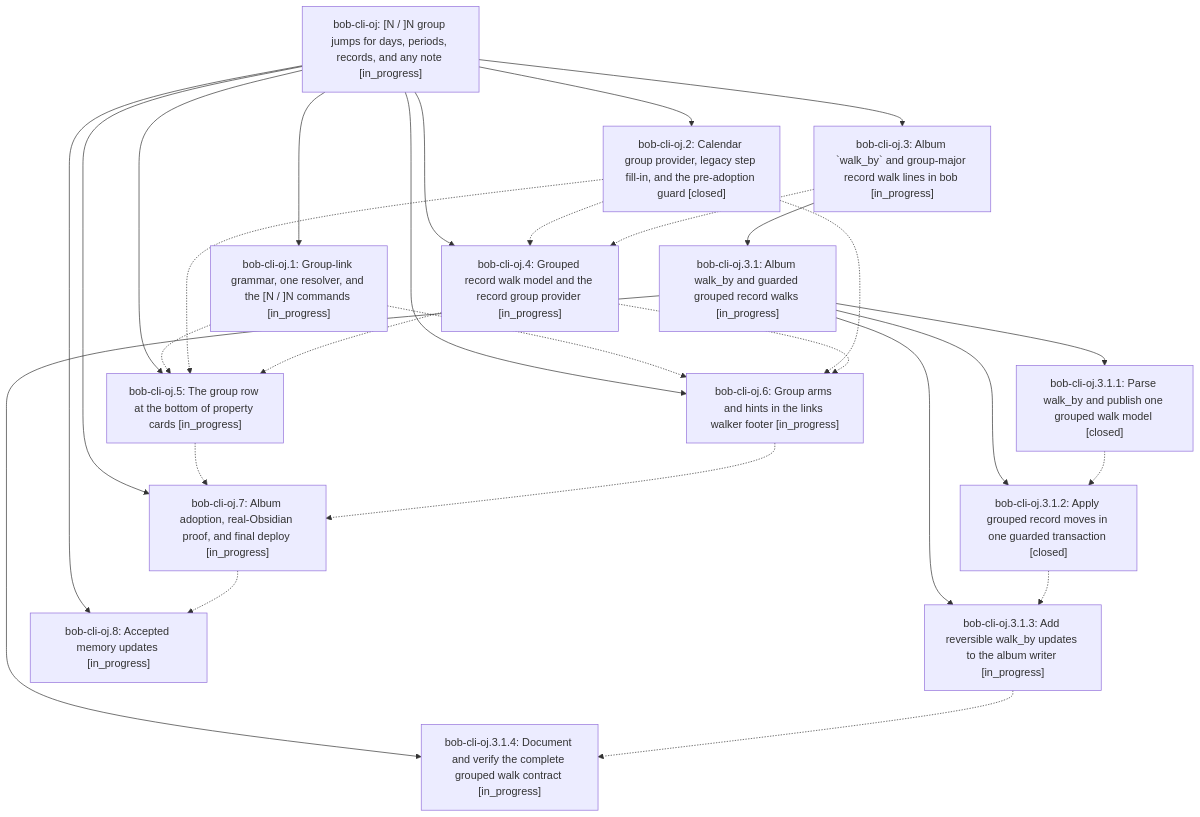
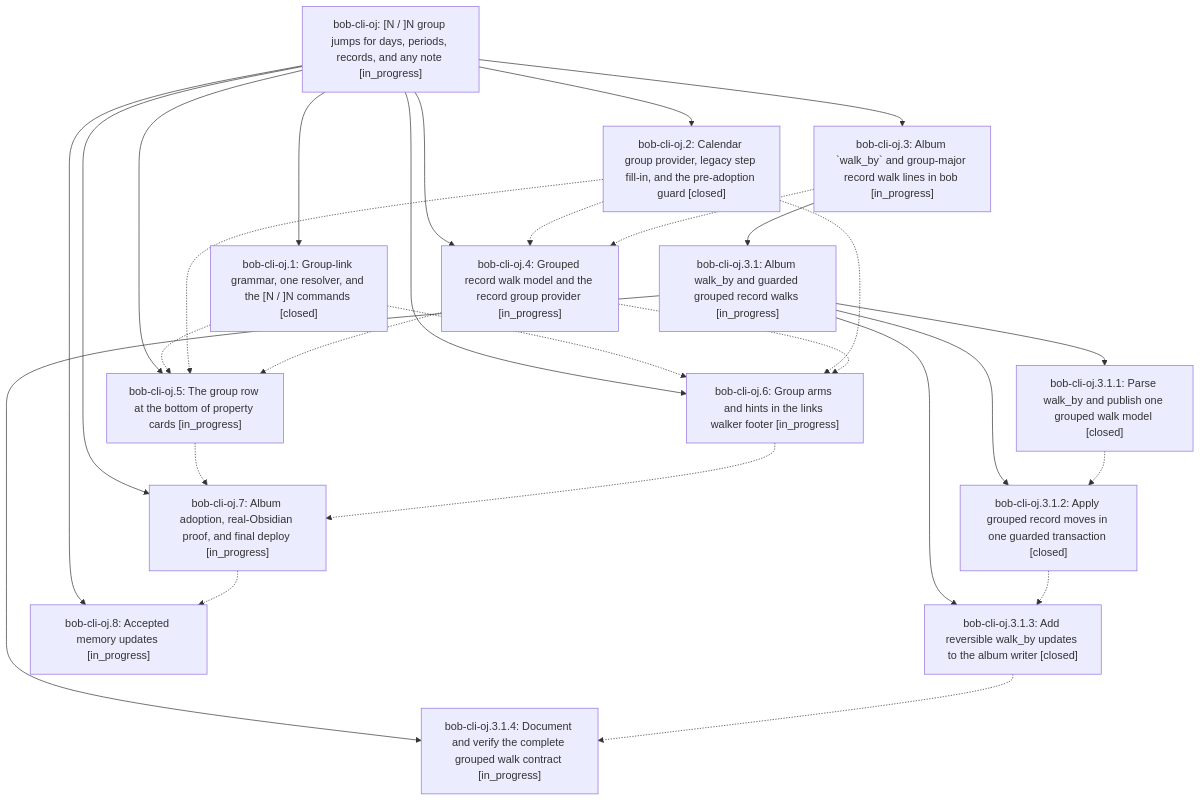
The diagram in pages/bob-cli-oj/README.md (bobs-org/bob-cli--beads), drawn with Mermaid before and after one commit. The commit also changed other lines of this file and 7 other files, not shown here.

First line of the commit message:
chore(beads): sync bead state and pages for bob-cli-oj

````diff
--- a/pages/bob-cli-oj/README.md
+++ b/pages/bob-cli-oj/README.md
@@ -43,44 +43,44 @@
 ```mermaid
 flowchart TD
     n0["bob-cli-oj: [N / ]N group jumps for days, periods, records, and any note [in_progress]"]
-    n1["bob-cli-oj.1: Group-link grammar, one resolver, and the [N / ]N commands [in_progress]"]
+    n1["bob-cli-oj.1: Group-link grammar, one resolver, and the [N / ]N commands [closed]"]
     n2["bob-cli-oj.2: Calendar group provider, legacy step fill-in, and the pre-adoption guard [closed]"]
     n3["bob-cli-oj.3: Album `walk_by` and group-major record walk lines in bob [in_progress]"]
     n4["bob-cli-oj.3.1: Album walk_by and guarded grouped record walks [in_progress]"]
     n5["bob-cli-oj.3.1.1: Parse walk_by and publish one grouped walk model [closed]"]
     n6["bob-cli-oj.3.1.2: Apply grouped record moves in one guarded transaction [closed]"]
-    n7["bob-cli-oj.3.1.3: Add reversible walk_by updates to the album writer [in_progress]"]
+    n7["bob-cli-oj.3.1.3: Add reversible walk_by updates to the album writer [closed]"]
     n8["bob-cli-oj.3.1.4: Document and verify the complete grouped walk contract [in_progress]"]
     n9["bob-cli-oj.4: Grouped record walk model and the record group provider [in_progress]"]
     n10["bob-cli-oj.5: The group row at the bottom of property cards [in_progress]"]
     n11["bob-cli-oj.6: Group arms and hints in the links walker footer [in_progress]"]
     n12["bob-cli-oj.7: Album adoption, real-Obsidian proof, and final deploy [in_progress]"]
     n13["bob-cli-oj.8: Accepted memory updates [in_progress]"]
     n0 --> n1
     n0 --> n2
     n0 --> n3
     n3 --> n4
     n4 --> n5
     n4 --> n6
     n4 --> n7
     n4 --> n8
     n0 --> n9
     n0 --> n10
     n0 --> n11
     n0 --> n12
     n0 --> n13
     n1 -.-> n10
     n1 -.-> n11
     n2 -.-> n9
     n2 -.-> n10
     n2 -.-> n11
     n3 -.-> n9
     n5 -.-> n6
     n6 -.-> n7
     n7 -.-> n8
     n9 -.-> n10
     n9 -.-> n11
     n10 -.-> n12
     n11 -.-> n12
     n12 -.-> n13
 ```
````
